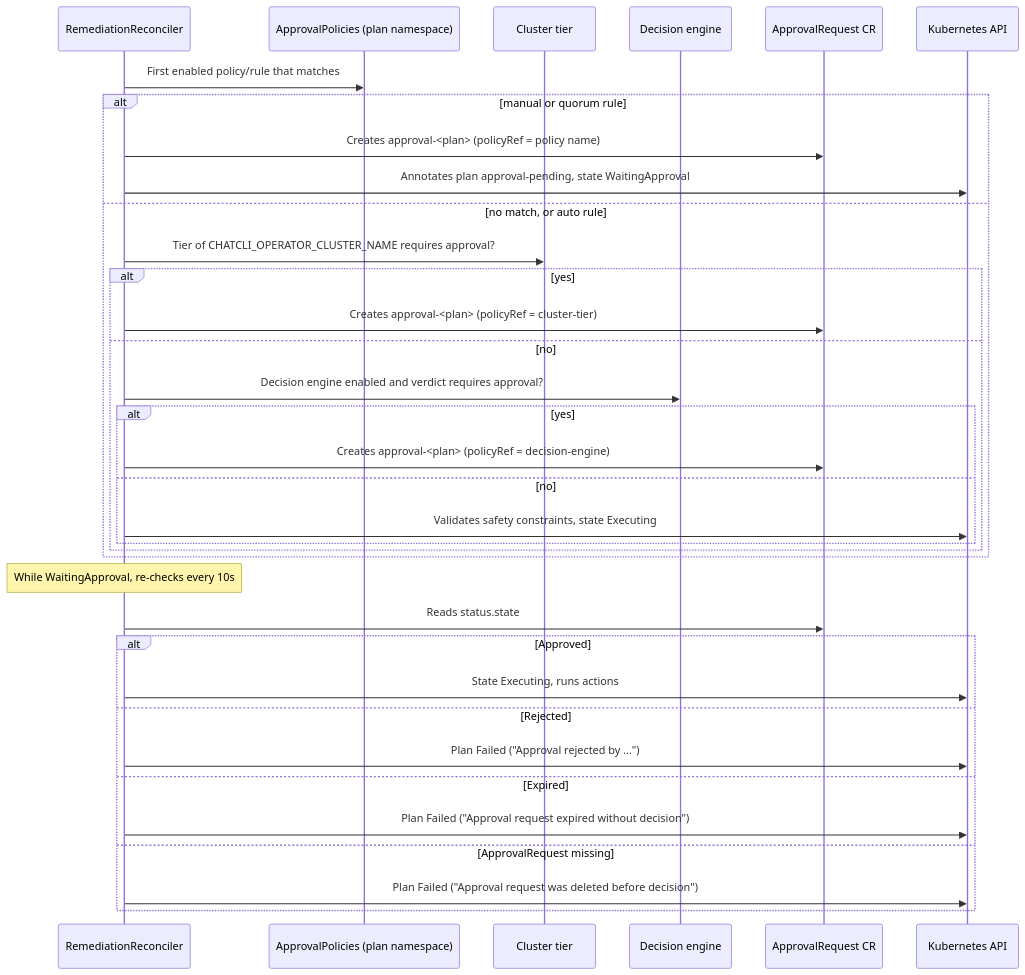
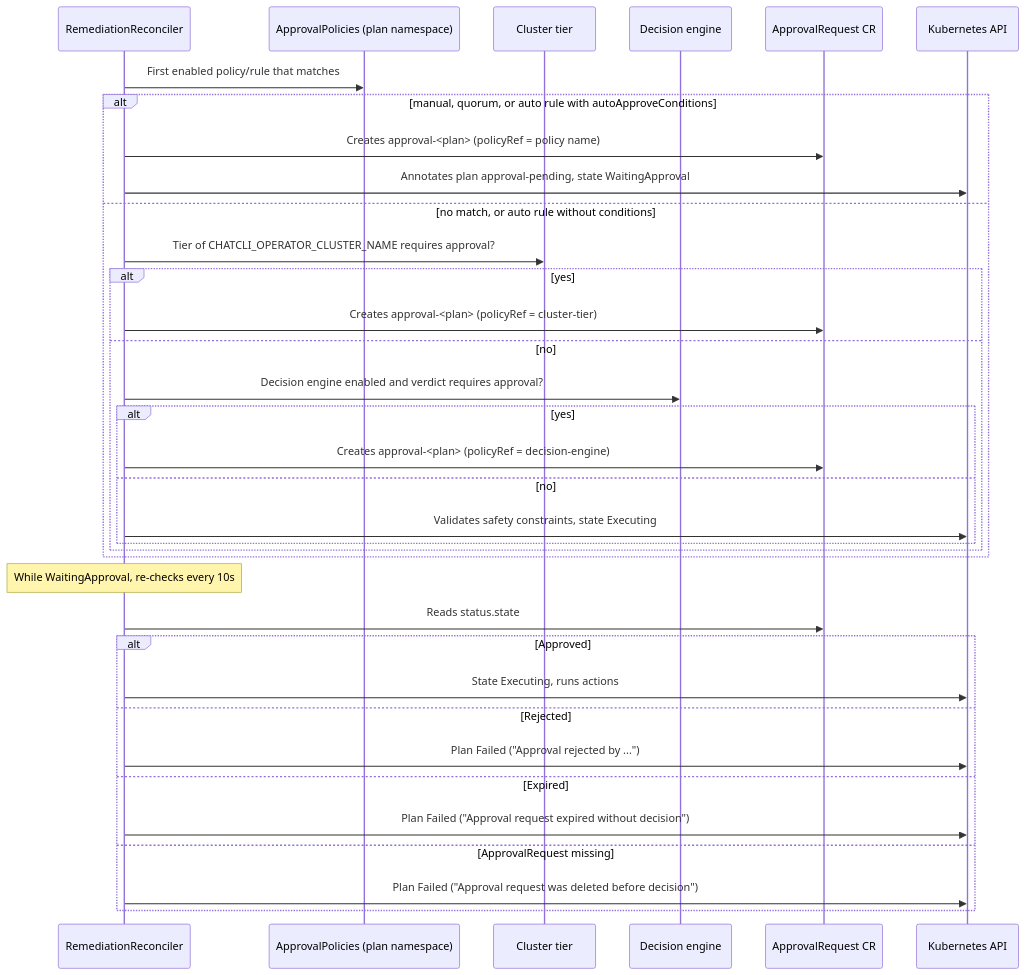
Before and after one commit to diillson/chatcli.ai: the third of 3 diagrams in features/aiops/approval-workflow.mdx, drawn with Mermaid. The commit also changed other lines of this file and 105 other files, not shown here.

````diff
--- a/features/aiops/approval-workflow.mdx
+++ b/features/aiops/approval-workflow.mdx
@@ -357,39 +371,39 @@
 ```mermaid
 sequenceDiagram
     participant RR as RemediationReconciler
     participant AP as ApprovalPolicies (plan namespace)
     participant CT as Cluster tier
     participant DE as Decision engine
     participant AReq as ApprovalRequest CR
     participant K8s as Kubernetes API
 
     RR->>AP: First enabled policy/rule that matches
-    alt manual or quorum rule
+    alt manual, quorum, or auto rule with autoApproveConditions
         RR->>AReq: Creates approval-<plan> (policyRef = policy name)
         RR->>K8s: Annotates plan approval-pending, state WaitingApproval
-    else no match, or auto rule
+    else no match, or auto rule without conditions
         RR->>CT: Tier of CHATCLI_OPERATOR_CLUSTER_NAME requires approval?
         alt yes
             RR->>AReq: Creates approval-<plan> (policyRef = cluster-tier)
         else no
             RR->>DE: Decision engine enabled and verdict requires approval?
             alt yes
                 RR->>AReq: Creates approval-<plan> (policyRef = decision-engine)
             else no
                 RR->>K8s: Validates safety constraints, state Executing
             end
         end
     end
 
     Note over RR: While WaitingApproval, re-checks every 10s
     RR->>AReq: Reads status.state
     alt Approved
         RR->>K8s: State Executing, runs actions
     else Rejected
         RR->>K8s: Plan Failed ("Approval rejected by ...")
     else Expired
         RR->>K8s: Plan Failed ("Approval request expired without decision")
     else ApprovalRequest missing
         RR->>K8s: Plan Failed ("Approval request was deleted before decision")
     end
 ```
````
